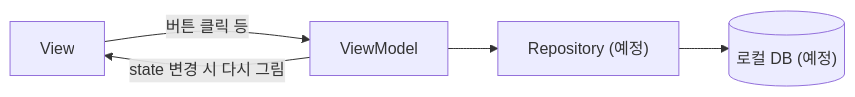
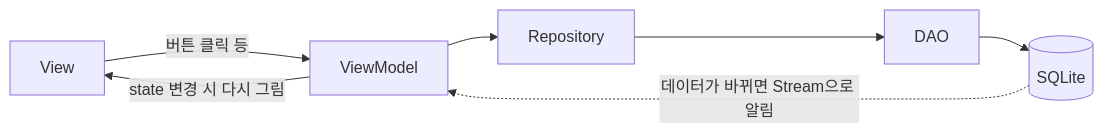
Before and after one commit to cwi112/maeum_book: the diagram in README.md, drawn with Mermaid. The commit also changed other lines of this file and 35 other files, not shown here.

````diff
--- a/README.md
+++ b/README.md
@@ -45,7 +49,9 @@
 ```mermaid
 flowchart LR
     View -- "버튼 클릭 등" --> ViewModel
     ViewModel -- "state 변경 시 다시 그림" --> View
-    ViewModel --> Repository["Repository (예정)"]
-    Repository --> DB[("로컬 DB (예정)")]
+    ViewModel --> Repository
+    Repository --> DAO
+    DAO --> DB[("SQLite")]
+    DB -. "데이터가 바뀌면 Stream으로 알림" .-> ViewModel
 ```
````
